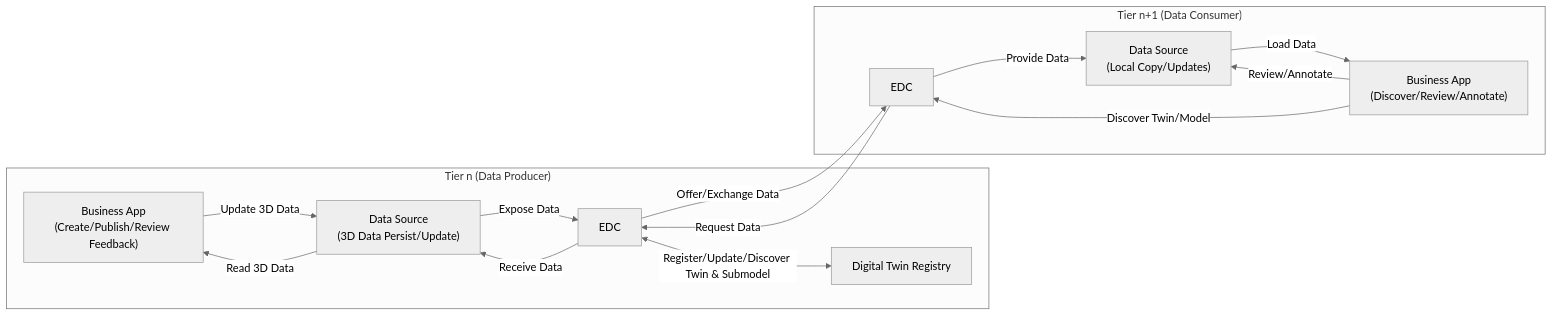
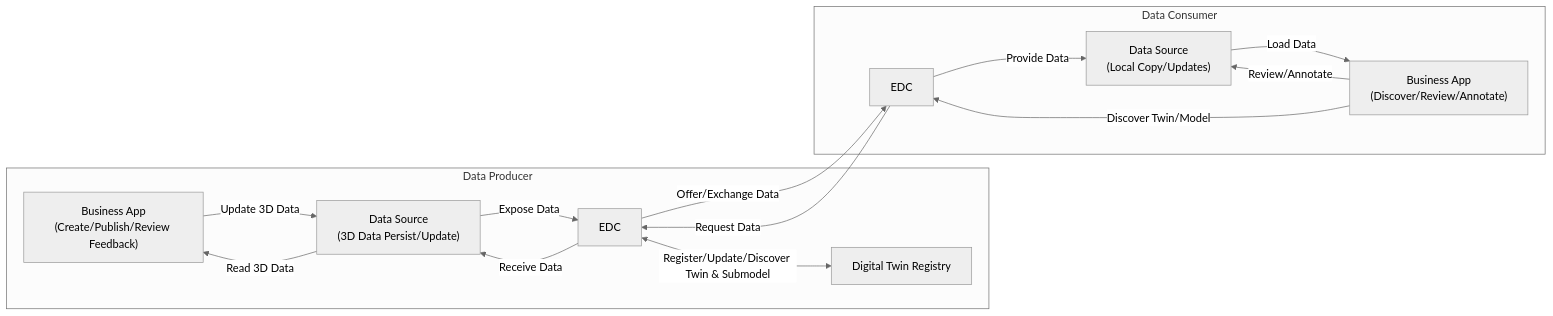
The third of 4 diagrams in docs-kits/kits/geometry-kit/adoption-view.md (MartinEnders/eclipse-tractusx.github.io), drawn with Mermaid (neutral theme) before and after one commit. The commit also changed other lines of this file and 1 other file, not shown here.

Commit message:
changed: UCs Flowchart

````diff
--- a/docs-kits/kits/geometry-kit/adoption-view.md
+++ b/docs-kits/kits/geometry-kit/adoption-view.md
@@ -191,39 +178,39 @@
 ```mermaid
 flowchart LR
-    subgraph Partner1["Tier n (Data Producer)"]
+    subgraph Partner1["Data Producer"]
         P1APP["Business App<br/>(Create/Publish/Review Feedback)"]
 		P1DS["Data Source<br/>(3D Data Persist/Update)"]
         P1EDC["EDC"]
     DTR["Digital Twin Registry"]
         
     end
 
-    subgraph Partner2["Tier n+1 (Data Consumer)"]
+    subgraph Partner2["Data Consumer"]
         P2APP["Business App<br/>(Discover/Review/Annotate)"]
 		P2DS["Data Source<br/>(Local Copy/Updates)"]
         P2EDC["EDC"]
   
     end
 
     
 
     %% Data Producer Flows
     P1APP -- "Update 3D Data" --> P1DS
 	P1DS -- "Read 3D Data" --> P1APP
     P1DS -- "Expose Data" --> P1EDC
 	P1EDC -- "Receive Data" --> P1DS
     P1EDC -- "Offer/Exchange Data" --> P2EDC
     P1EDC <-- "Register/Update/Discover Twin & Submodel" --> DTR
 
     %% Data Consumer Flows
 	
     P2EDC -- "Request Data" --> P1EDC
     P2EDC -- "Provide Data" --> P2DS
     
     P2DS -- "Load Data" --> P2APP
     P2APP -- "Review/Annotate" --> P2DS
     
 
     %% Discovery
     P2APP -- "Discover Twin/Model" --> P2EDC
 ```
````
